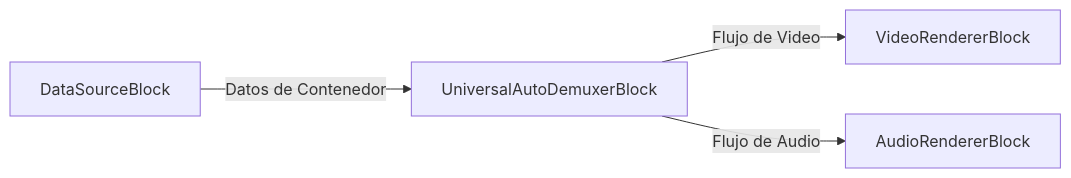
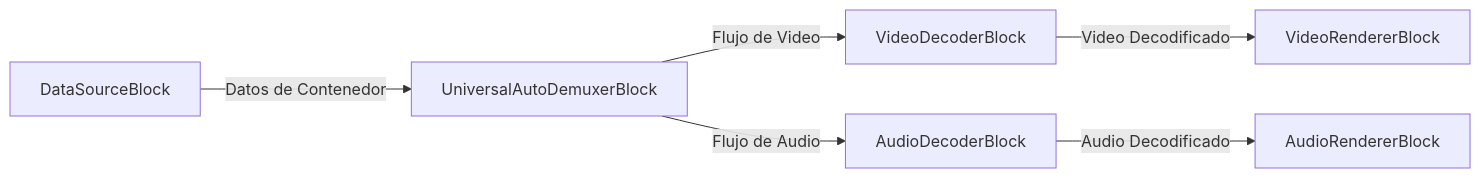
One commit to visioforge/help changed the fourth of 4 diagrams in dotnet/mediablocks/Demuxers/index.es.md. Above: the diagram before and after it, drawn with Mermaid. The commit also changed other lines of this file and 194 other files, not shown here.

````diff
--- a/dotnet/mediablocks/Demuxers/index.es.md
+++ b/dotnet/mediablocks/Demuxers/index.es.md
@@ -384,6 +410,8 @@
 ```mermaid
 graph LR;
     DataSourceBlock -- Datos de Contenedor --> UniversalAutoDemuxerBlock;
-    UniversalAutoDemuxerBlock -- Flujo de Video --> VideoRendererBlock;
-    UniversalAutoDemuxerBlock -- Flujo de Audio --> AudioRendererBlock;
+    UniversalAutoDemuxerBlock -- Flujo de Video --> VideoDecoderBlock;
+    VideoDecoderBlock -- Video Decodificado --> VideoRendererBlock;
+    UniversalAutoDemuxerBlock -- Flujo de Audio --> AudioDecoderBlock;
+    AudioDecoderBlock -- Audio Decodificado --> AudioRendererBlock;
 ```
````
